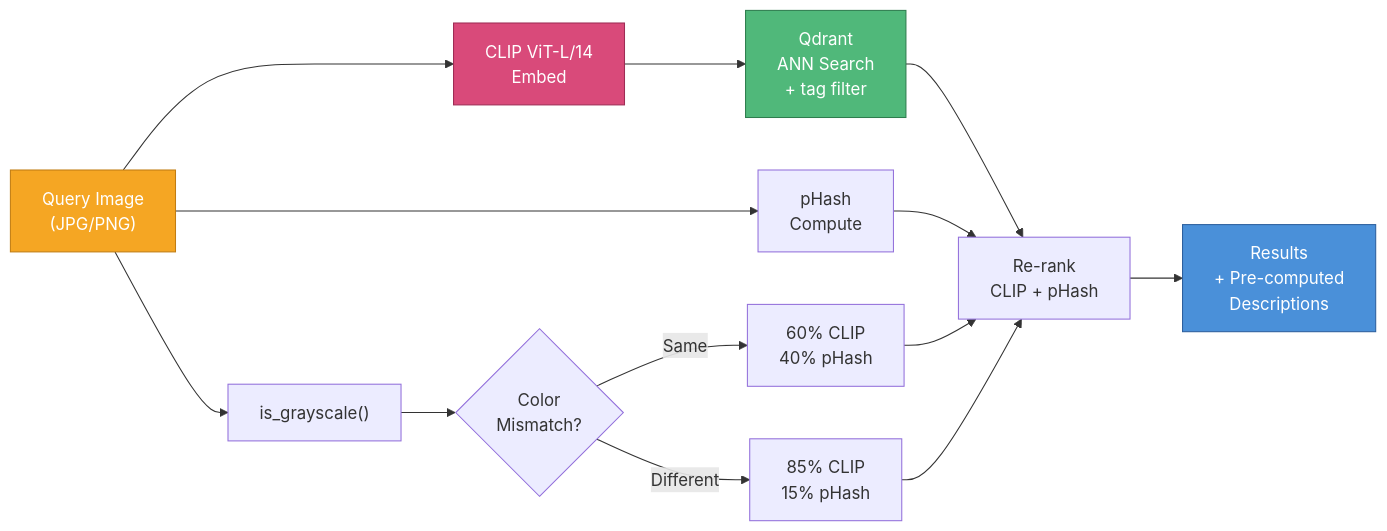
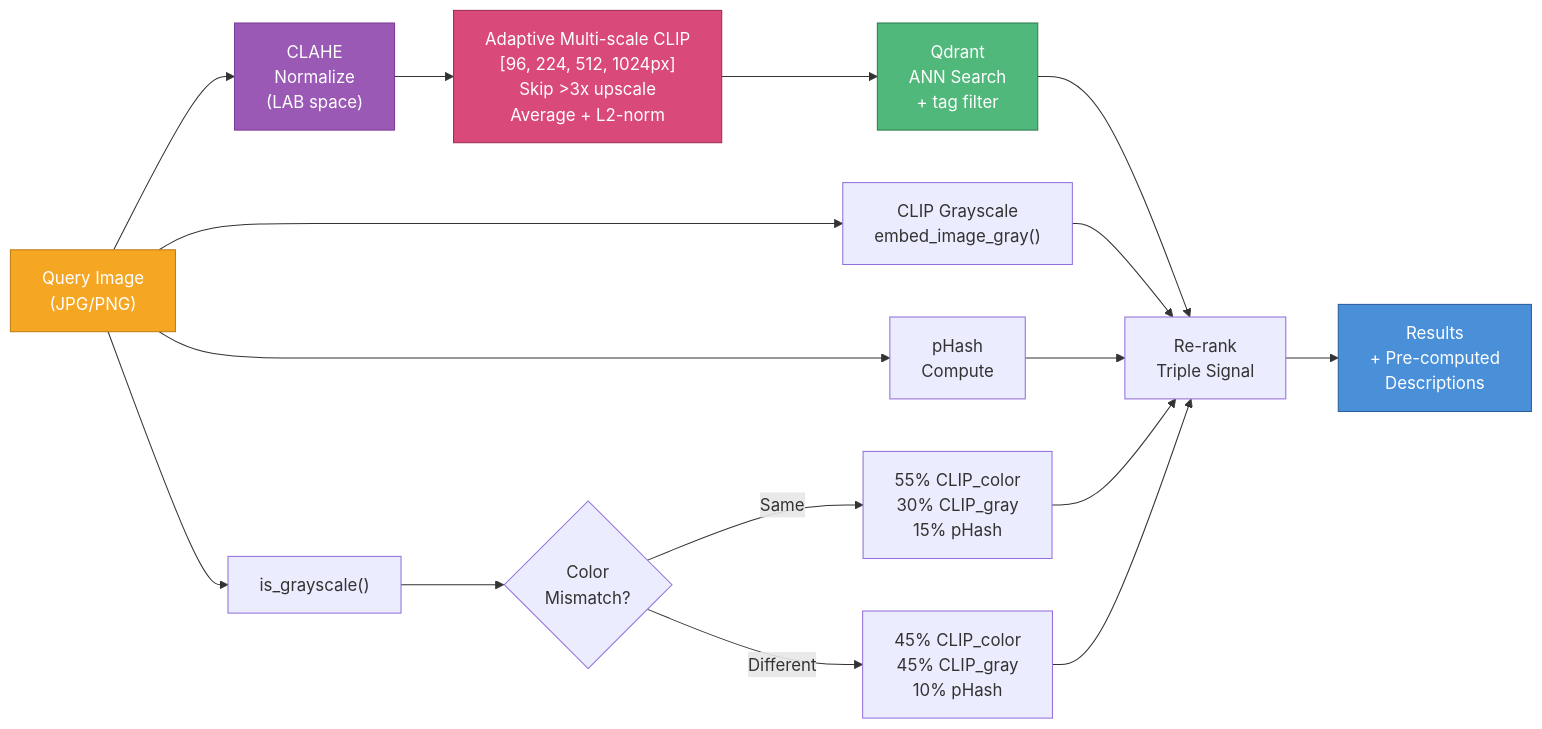
The diagram in docs/search-flow.mmd (n0cl0ud/pikamatch), drawn with Mermaid before and after one commit. The commit also changed 6 other files, not shown here.

First line of the commit message:
Update SVG diagrams and Mermaid sources for triple-signal scoring

```diff
--- a/docs/search-flow.mmd
+++ b/docs/search-flow.mmd
@@ -1,21 +1,25 @@
 graph LR
-    IMG["Query Image<br/>(JPG/PNG)"] --> CLIPQ["CLIP ViT-L/14<br/>Embed"]
+    IMG["Query Image<br/>(JPG/PNG)"] --> CLAHE["CLAHE<br/>Normalize<br/>(LAB space)"]
+    CLAHE --> MULTI["Adaptive Multi-scale CLIP<br/>[96, 224, 512, 1024px]<br/>Skip >3x upscale<br/>Average + L2-norm"]
+    IMG --> CLIPGRAYQ["CLIP Grayscale<br/>embed_image_gray()"]
     IMG --> PHASHQ["pHash<br/>Compute"]
     IMG --> GRAYQ["is_grayscale()"]
 
-    CLIPQ --> SEARCH["Qdrant<br/>ANN Search<br/>+ tag filter"]
-    SEARCH --> RERANK["Re-rank<br/>CLIP + pHash"]
+    MULTI --> SEARCH["Qdrant<br/>ANN Search<br/>+ tag filter"]
+    SEARCH --> RERANK["Re-rank<br/>Triple Signal"]
 
+    CLIPGRAYQ --> RERANK
     PHASHQ --> RERANK
     GRAYQ --> SCORING{"Color<br/>Mismatch?"}
-    SCORING -->|"Same"| W1["60% CLIP<br/>40% pHash"]
-    SCORING -->|"Different"| W2["85% CLIP<br/>15% pHash"]
+    SCORING -->|"Same"| W1["55% CLIP_color<br/>30% CLIP_gray<br/>15% pHash"]
+    SCORING -->|"Different"| W2["45% CLIP_color<br/>45% CLIP_gray<br/>10% pHash"]
     W1 --> RERANK
     W2 --> RERANK
 
     RERANK --> RESULTS["Results<br/>+ Pre-computed<br/>Descriptions"]
 
     style IMG fill:#f5a623,stroke:#c17d12,color:#fff
+    style CLAHE fill:#9b59b6,stroke:#7d3c98,color:#fff
+    style MULTI fill:#d94a7a,stroke:#9e2c55,color:#fff
     style SEARCH fill:#50b87a,stroke:#2e7d4e,color:#fff
-    style CLIPQ fill:#d94a7a,stroke:#9e2c55,color:#fff
     style RESULTS fill:#4a90d9,stroke:#2c5f9e,color:#fff
```
